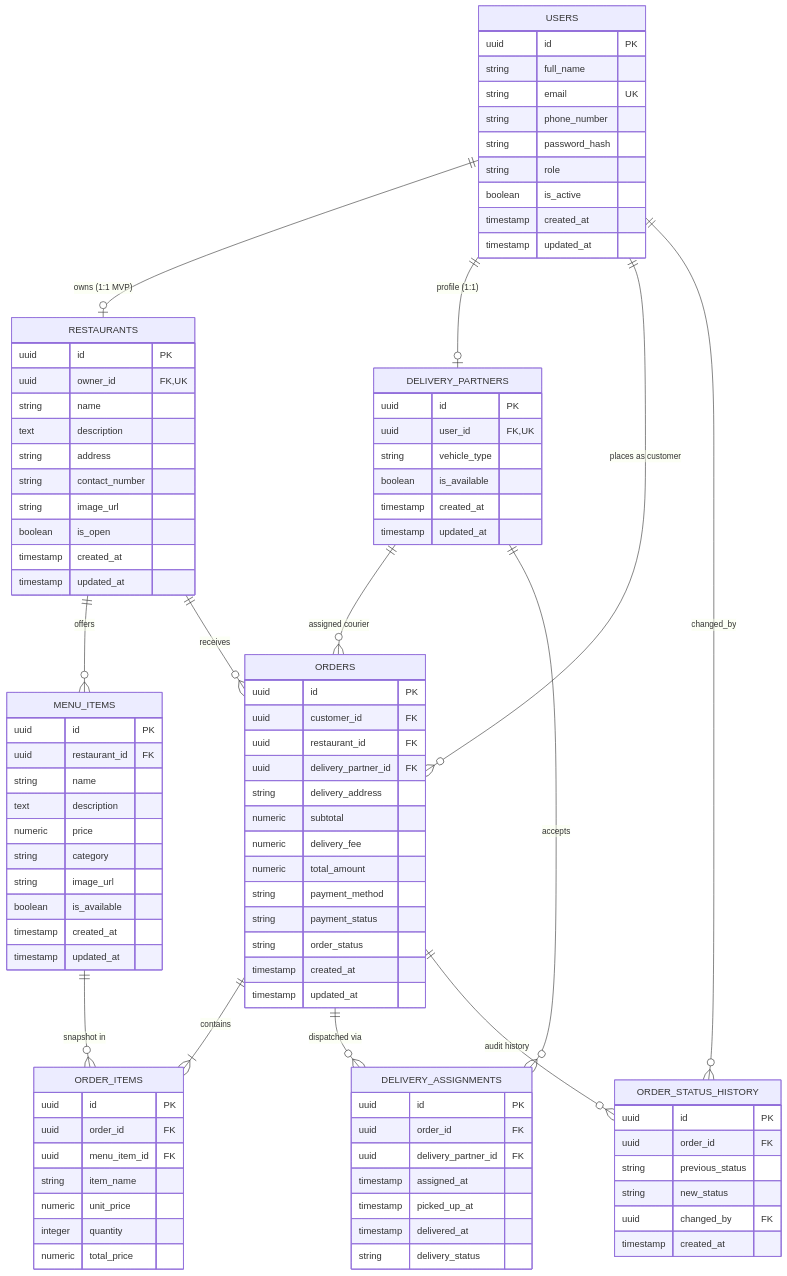
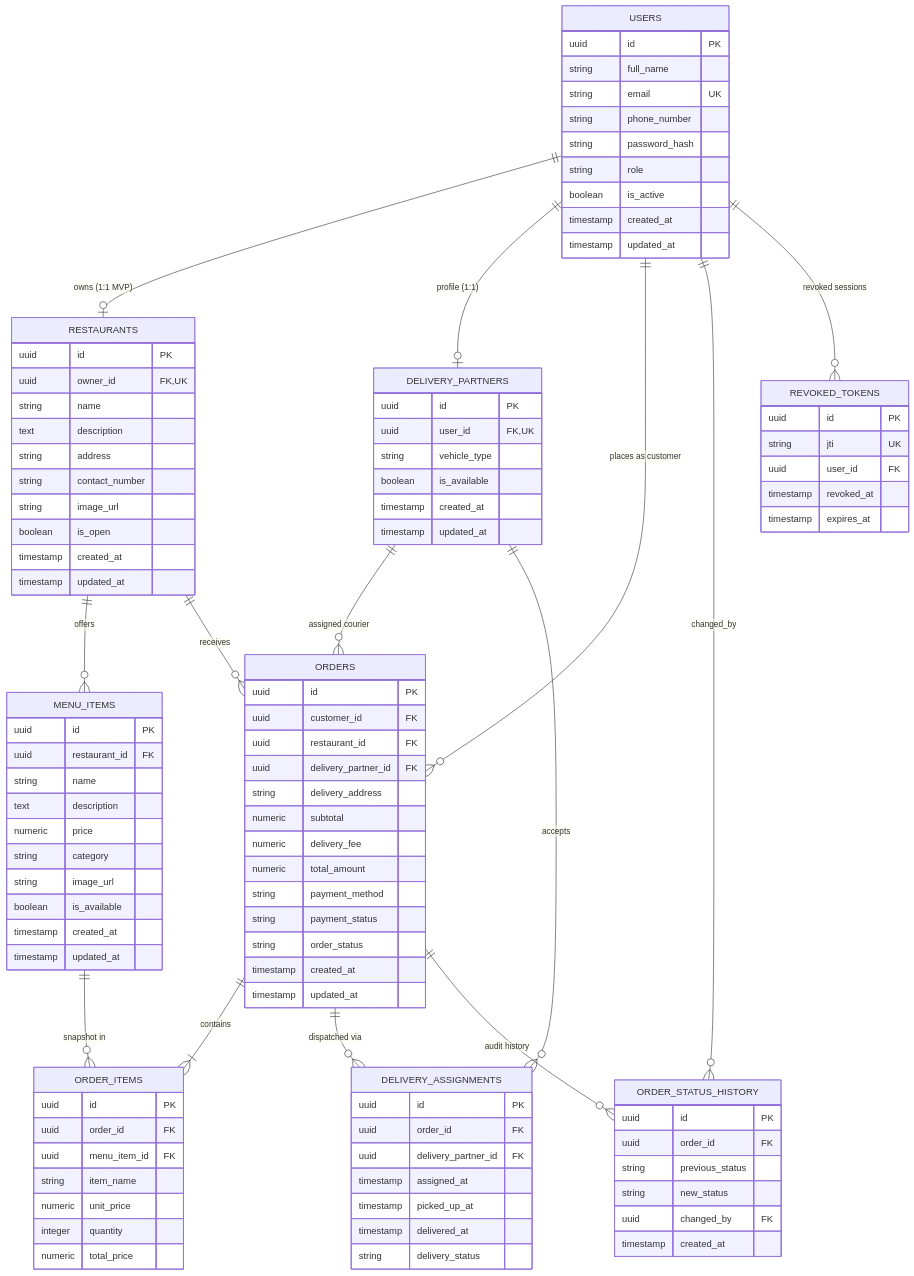
One commit to chiru018/Campus_Byte changed the diagram in docs/database-erd.md. Above: the diagram before and after it, drawn with Mermaid. The commit also changed 44 other files, not shown here.

````diff
--- a/docs/database-erd.md
+++ b/docs/database-erd.md
@@ -8,6 +8,7 @@
     USERS ||--o| DELIVERY_PARTNERS : "profile (1:1)"
     USERS ||--o{ ORDERS : "places as customer"
     USERS ||--o{ ORDER_STATUS_HISTORY : "changed_by"
+    USERS ||--o{ REVOKED_TOKENS : "revoked sessions"
 
     RESTAURANTS ||--o{ MENU_ITEMS : "offers"
     RESTAURANTS ||--o{ ORDERS : "receives"
@@ -112,4 +113,12 @@
         uuid changed_by FK
         timestamp created_at
     }
+
+    REVOKED_TOKENS {
+        uuid id PK
+        string jti UK
+        uuid user_id FK
+        timestamp revoked_at
+        timestamp expires_at
+    }
 ```
````
